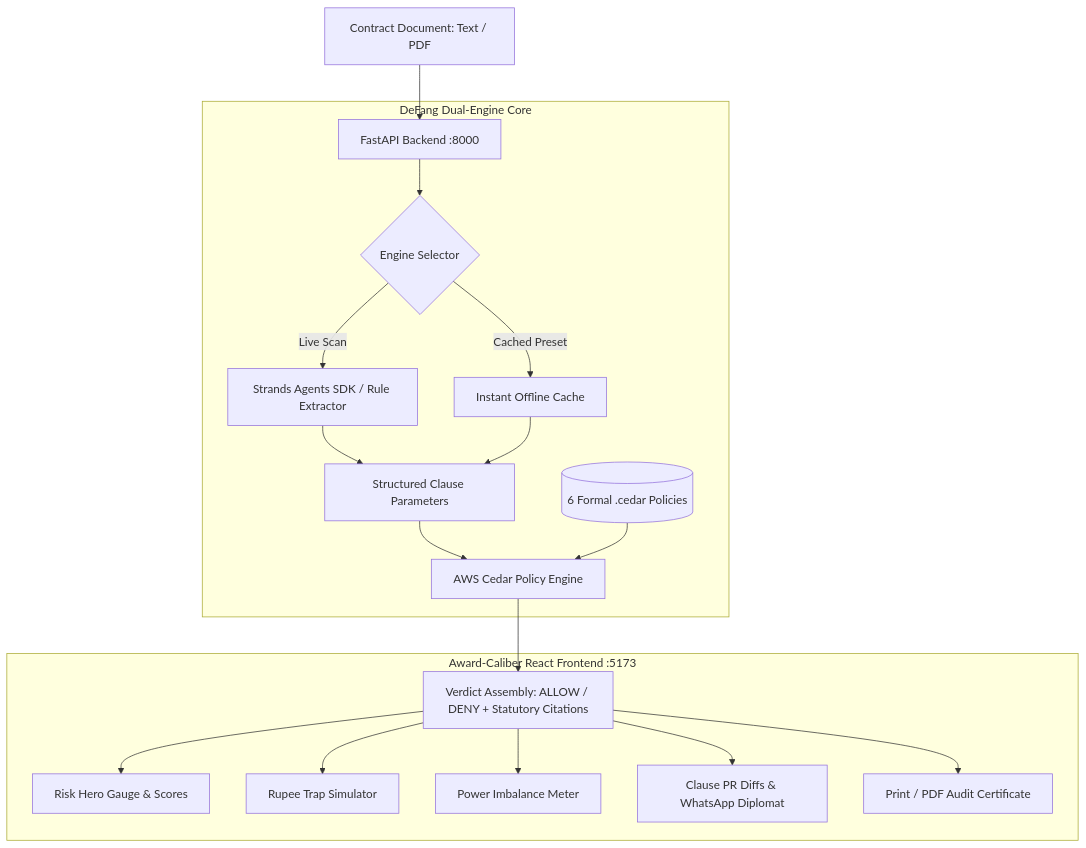
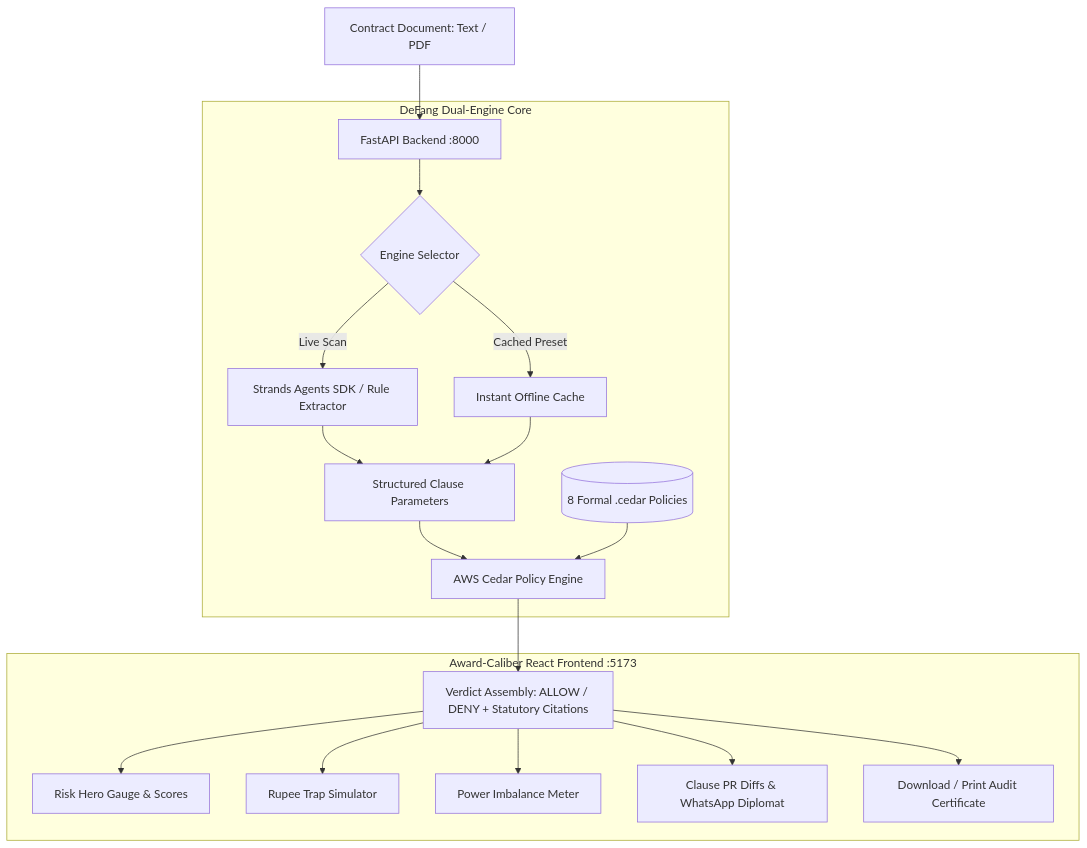
One commit to Pranay207/DeFang changed the diagram in README.md. Above: the diagram before and after it, drawn with Mermaid. The commit also changed other lines of this file, not shown here.

Commit message:
docs: update README with 8 Cedar policies, Kannada i18n, WhatsApp action, and export features

````diff
--- a/README.md
+++ b/README.md
@@ -140,24 +143,24 @@
 ```mermaid
 flowchart TD
     A[Contract Document: Text / PDF] --> B[FastAPI Backend :8000]
     
     subgraph Dual_Engine ["DeFang Dual-Engine Core"]
         B --> C{Engine Selector}
         C -->|Live Scan| D[Strands Agents SDK / Rule Extractor]
         C -->|Cached Preset| E[Instant Offline Cache]
         D --> F[Structured Clause Parameters]
         E --> F
         F --> G[AWS Cedar Policy Engine]
-        H[(6 Formal .cedar Policies)] --> G
+        H[(8 Formal .cedar Policies)] --> G
     end
 
     G --> I[Verdict Assembly: ALLOW / DENY + Statutory Citations]
     
     subgraph Interactive_UI ["Award-Caliber React Frontend :5173"]
         I --> J[Risk Hero Gauge & Scores]
         I --> K[Rupee Trap Simulator]
         I --> L[Power Imbalance Meter]
         I --> M[Clause PR Diffs & WhatsApp Diplomat]
-        I --> N[Print / PDF Audit Certificate]
+        I --> N[Download / Print Audit Certificate]
     end
 ```
````
